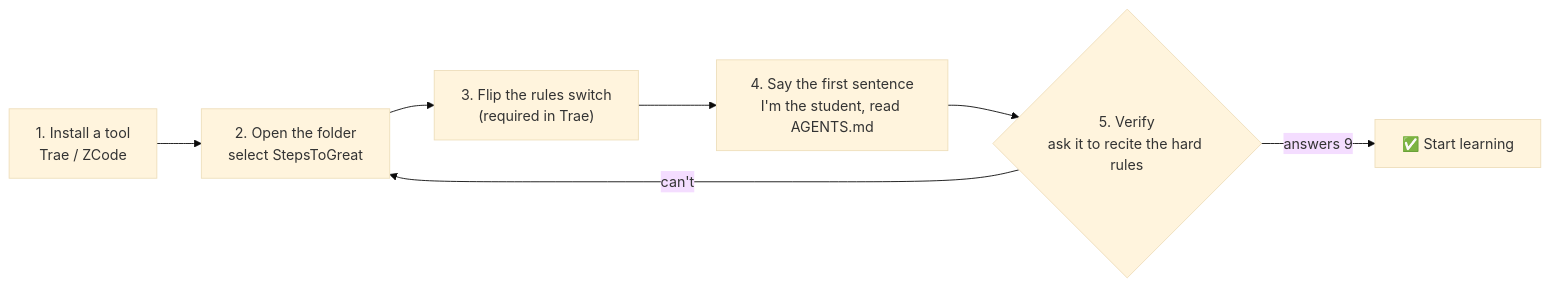
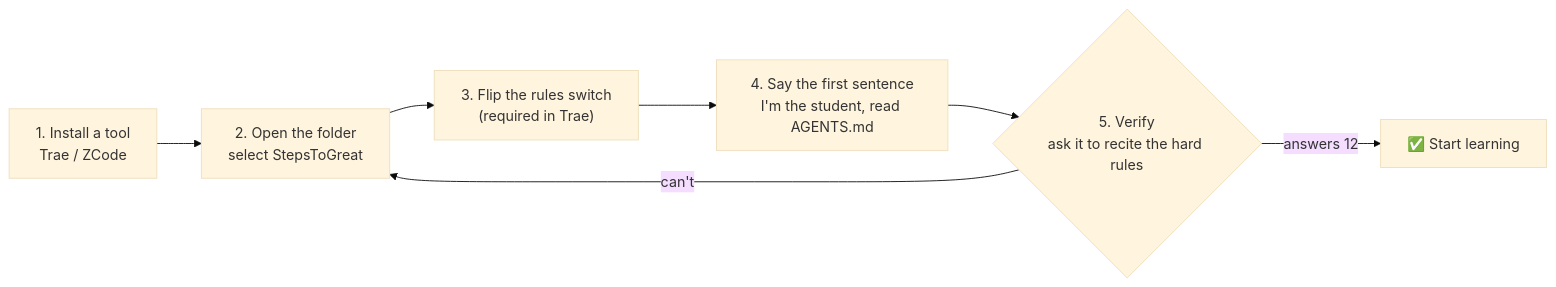
The first of 3 diagrams in 教程/ui-mockups.en.md (wildcat430524/StepsToGreat), drawn with Mermaid (base theme) before and after one commit. The commit also changed other lines of this file and 25 other files, not shown here.

````diff
--- a/教程/ui-mockups.en.md
+++ b/教程/ui-mockups.en.md
@@ -33,9 +33,9 @@
 ```mermaid
 flowchart LR
     A["1. Install a tool<br/>Trae / ZCode"] --> B["2. Open the folder<br/>select StepsToGreat"]
     B --> C["3. Flip the rules switch<br/>(required in Trae)"]
     C --> D["4. Say the first sentence<br/>I'm the student, read AGENTS.md"]
     D --> E{"5. Verify<br/>ask it to recite the hard rules"}
-    E -->|"answers 9"| F["✅ Start learning"]
+    E -->|"answers 12"| F["✅ Start learning"]
     E -->|"can't"| B
 ```
````
